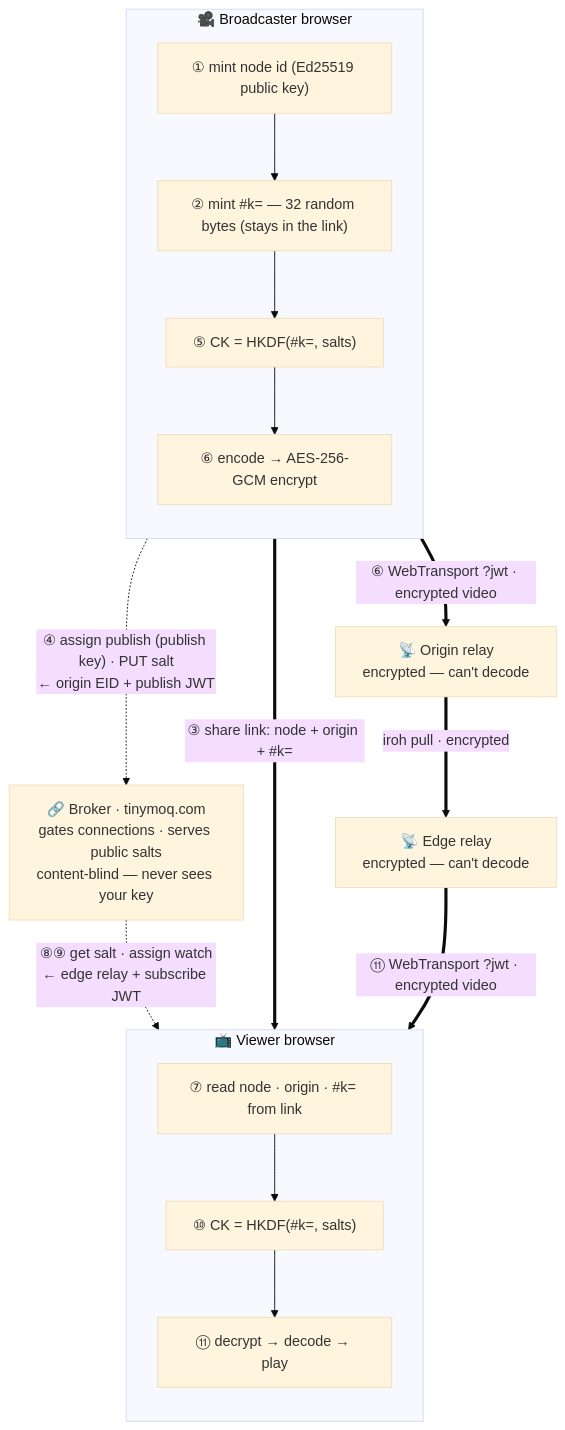
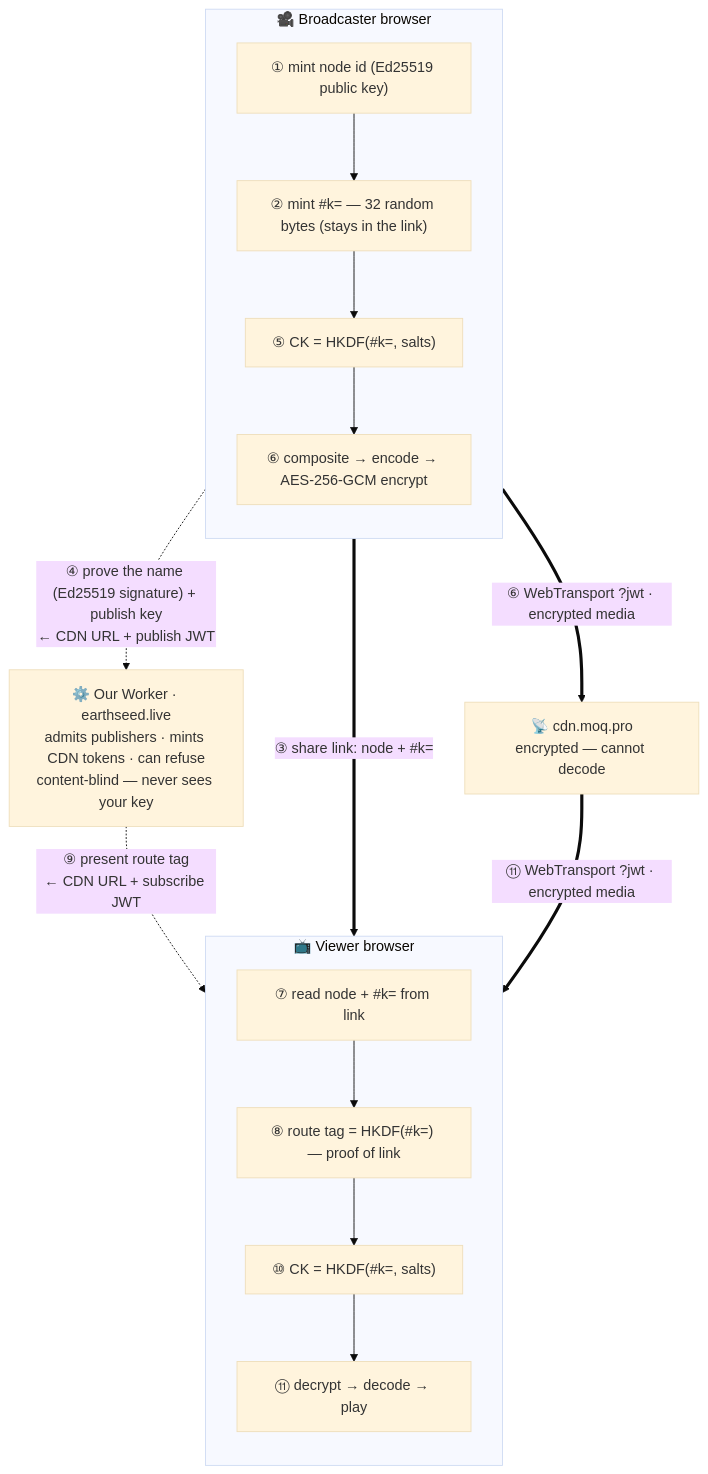
The diagram in README.md (erikherz/earthseed), drawn with Mermaid (base theme) before and after one commit. The commit also changed other lines of this file and 8 other files, not shown here.

````diff
--- a/README.md
+++ b/README.md
@@ -20,31 +45,30 @@
 ```mermaid
 flowchart TB
-  BR["🔗 Broker · tinymoq.com<br/>gates connections · serves public salts<br/>content-blind — never sees your key"]
+  W["⚙️ Our Worker · earthseed.live<br/>admits publishers · mints CDN tokens · can refuse<br/>content-blind — never sees your key"]
 
   subgraph BC["🎥 Broadcaster browser"]
     direction TB
     B1["① mint node id (Ed25519 public key)"]
     B2["② mint #35;k= — 32 random bytes (stays in the link)"]
     B5["⑤ CK = HKDF(#35;k=, salts)"]
-    B6["⑥ encode → AES-256-GCM encrypt"]
+    B6["⑥ composite → encode → AES-256-GCM encrypt"]
     B1 --> B2 --> B5 --> B6
   end
 
   subgraph VW["📺 Viewer browser"]
     direction TB
-    V7["⑦ read node · origin · #35;k= from link"]
+    V7["⑦ read node + #35;k= from link"]
+    V8["⑧ route tag = HKDF(#35;k=) — proof of link"]
     V10["⑩ CK = HKDF(#35;k=, salts)"]
     V11["⑪ decrypt → decode → play"]
-    V7 --> V10 --> V11
+    V7 --> V8 --> V10 --> V11
   end
 
-  O["📡 Origin relay<br/>encrypted — can't decode"]
-  E["📡 Edge relay<br/>encrypted — can't decode"]
+  C["📡 cdn.moq.pro<br/>encrypted — cannot decode"]
 
-  BC -. "④ assign publish (publish key) · PUT salt<br/>← origin EID + publish JWT" .-> BR
-  BR -. "⑧⑨ get salt · assign watch<br/>← edge relay + subscribe JWT" .-> VW
-  BC == "③ share link: node + origin + #35;k=" ==> VW
-  BC == "⑥ WebTransport ?jwt · encrypted video" ==> O
-  O == "iroh pull · encrypted" ==> E
-  E == "⑪ WebTransport ?jwt · encrypted video" ==> VW
+  BC -. "④ prove the name (Ed25519 signature) + publish key<br/>← CDN URL + publish JWT" .-> W
+  W -. "⑨ present route tag<br/>← CDN URL + subscribe JWT" .-> VW
+  BC == "③ share link: node + #35;k=" ==> VW
+  BC == "⑥ WebTransport ?jwt · encrypted media" ==> C
+  C == "⑪ WebTransport ?jwt · encrypted media" ==> VW
 ```
````
